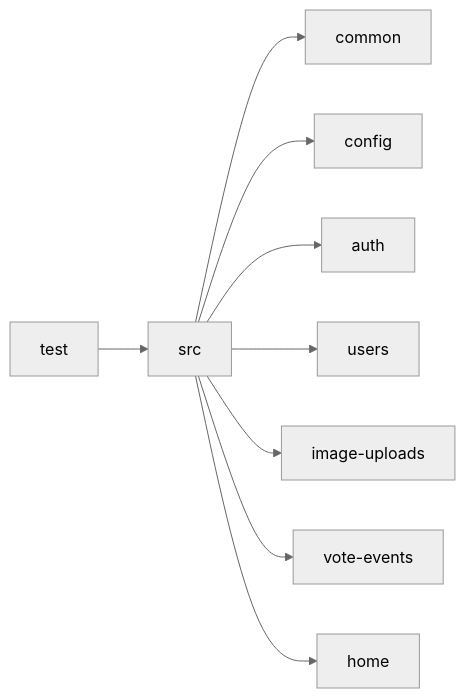
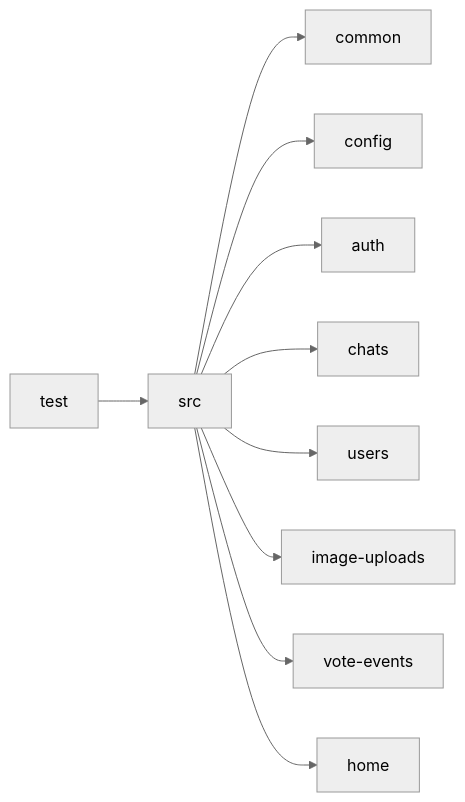
Before and after one commit to jei-seesaw/seesaw-api: the diagram in docs/README.md, drawn with Mermaid (neutral theme). The commit also changed 26 other files, not shown here.

````diff
--- a/docs/README.md
+++ b/docs/README.md
@@ -36,11 +36,12 @@
 ```mermaid
 flowchart LR
   src --> common
   src --> config
   src --> auth
+  src --> chats
   src --> users
   src --> image-uploads
   src --> vote-events
   src --> home
   test --> src
 ```
````
